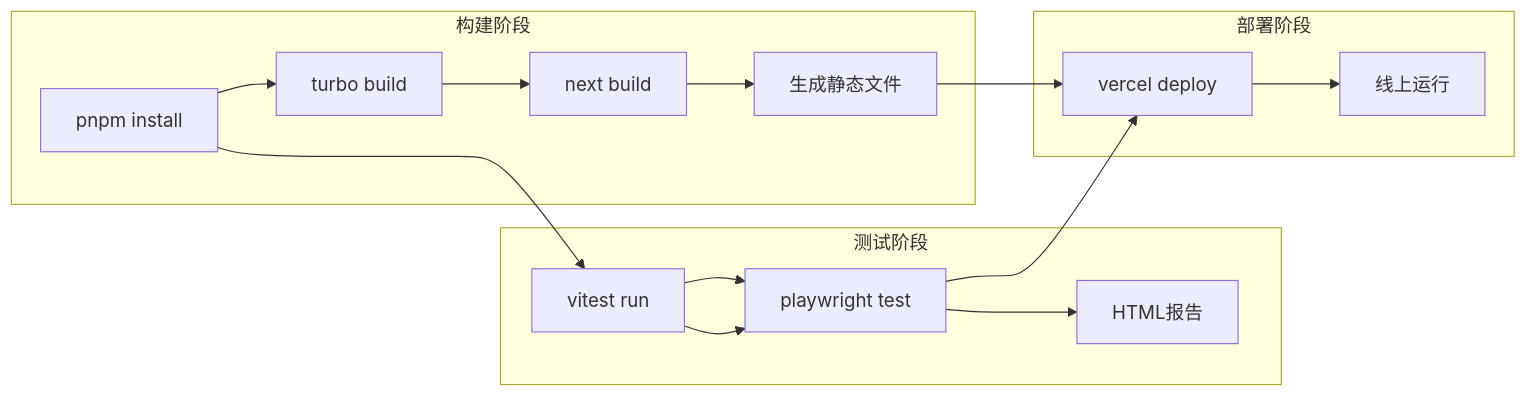
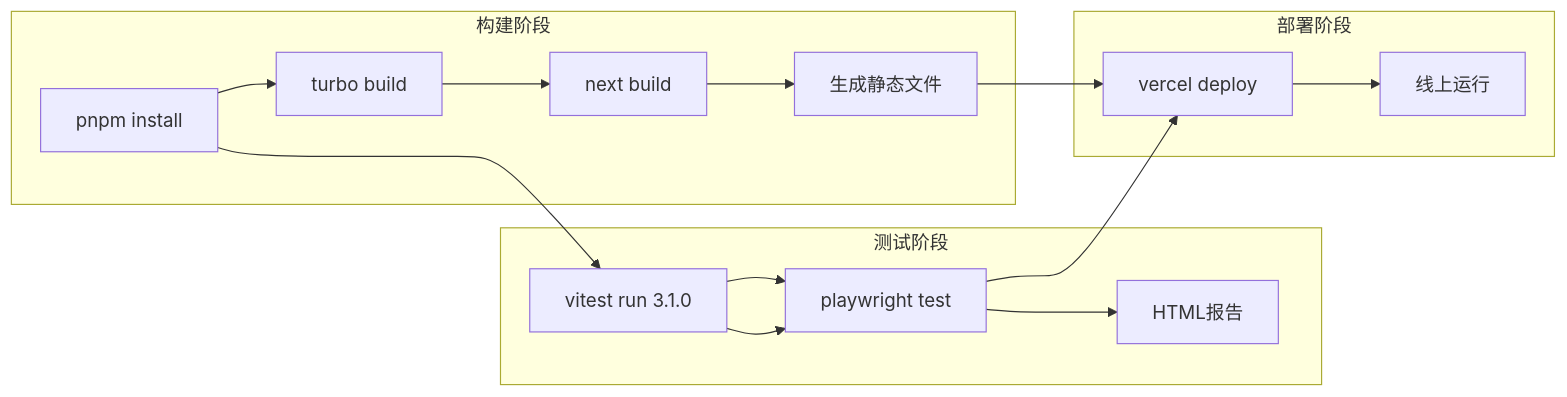
One commit to CryptoLinxu/Web3-AI-Agent changed diagram 13 of 16 in .qoder/repowiki/zh/content/项目概述/部署指南/CI_CD自动化部署.md. Above: the diagram before and after it, drawn with Mermaid. The commit also changed other lines of this file and 8 other files, not shown here.

````diff
--- a/.qoder/repowiki/zh/content/项目概述/部署指南/CI_CD自动化部署.md
+++ b/.qoder/repowiki/zh/content/项目概述/部署指南/CI_CD自动化部署.md
@@ -419,19 +457,19 @@
 ```mermaid
 flowchart LR
 subgraph "构建阶段"
 Install[pnpm install] --> Build[turbo build]
 Build --> NextBuild[next build]
 NextBuild --> Dist[生成静态文件]
 end
 subgraph "测试阶段"
-UnitTest[vitest run] --> E2ETest[playwright test]
+UnitTest[vitest run 3.1.0] --> E2ETest[playwright test]
 E2ETest --> Report[HTML报告]
 end
 subgraph "部署阶段"
 Dist --> VercelDeploy[vercel deploy]
 VercelDeploy --> Live[线上运行]
 end
 Install --> UnitTest
 UnitTest --> E2ETest
 E2ETest --> VercelDeploy
 ```
````
